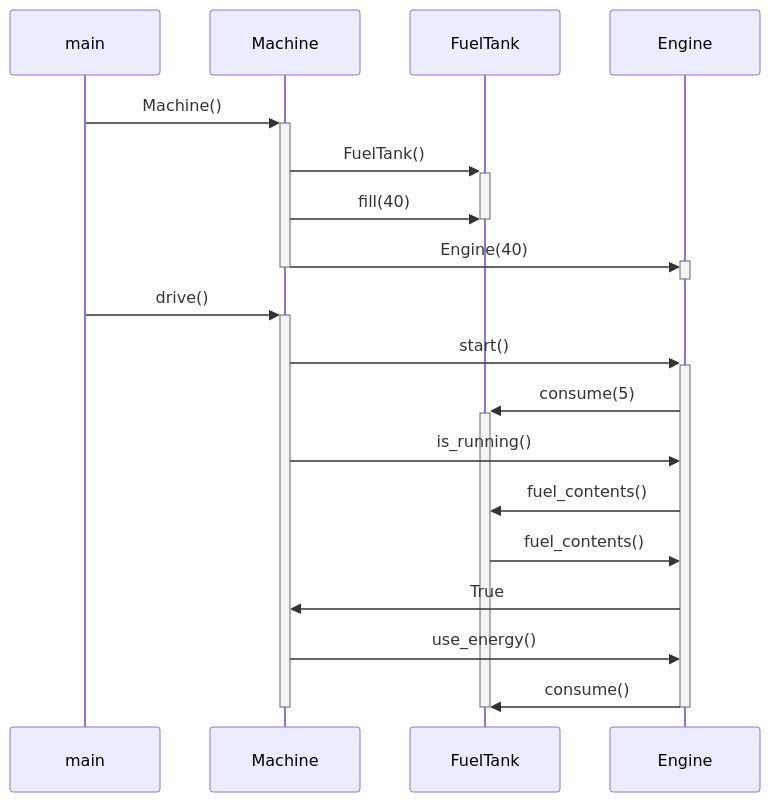
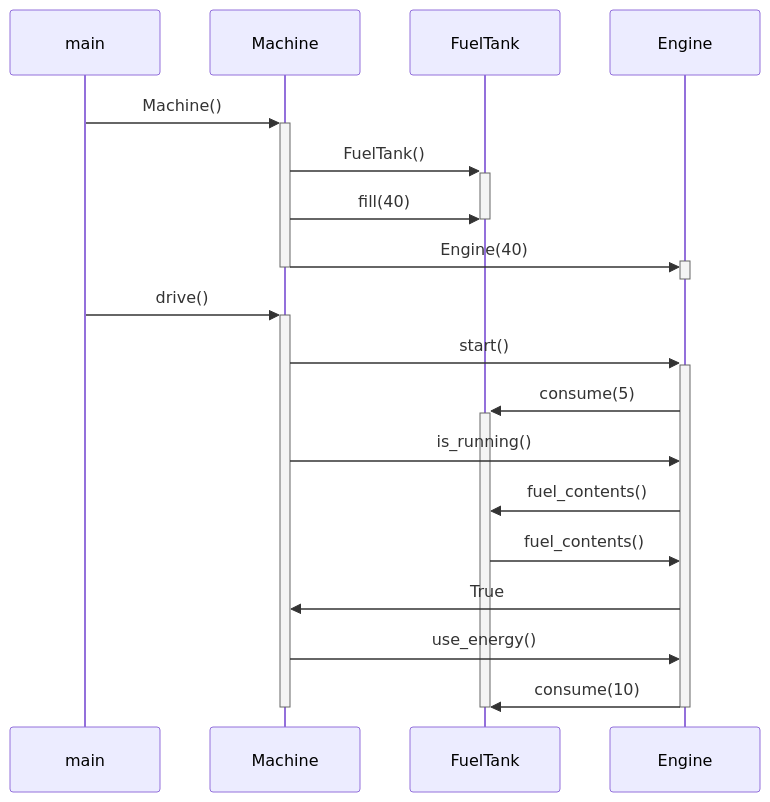
The diagram in laskarit/viikko3/task3.md (lenbie/Expense-Tracker-Project), drawn with Mermaid before and after one commit.

`````diff
--- a/laskarit/viikko3/task3.md
+++ b/laskarit/viikko3/task3.md
@@ -1,24 +1,24 @@
 ```mermaid
 
   sequenceDiagram
     main->>+Machine: Machine()
     Machine->>+FuelTank: FuelTank()
     Machine->>FuelTank: fill(40)
     deactivate FuelTank
     Machine->>+Engine: Engine(40)
     deactivate Engine
     deactivate Machine
     main->>+Machine: drive()
     Machine->>+Engine: start()
     Engine->>+FuelTank: consume(5)
     Machine->>Engine: is_running()
     Engine->>FuelTank: fuel_contents()
     FuelTank->>Engine: fuel_contents()
     Engine->>Machine: True
     Machine->>Engine: use_energy()
-    Engine->>FuelTank: consume()
+    Engine->>FuelTank: consume(10)
     deactivate Machine
     deactivate Engine
     deactivate FuelTank
  
 ````
`````
